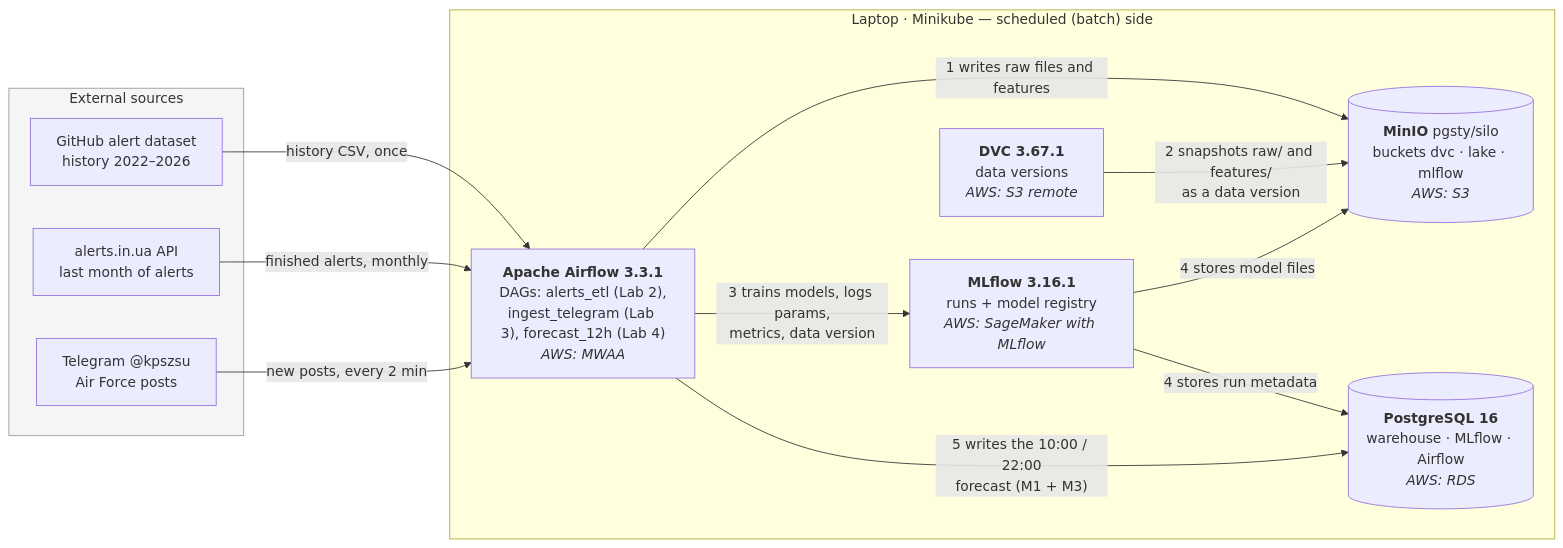
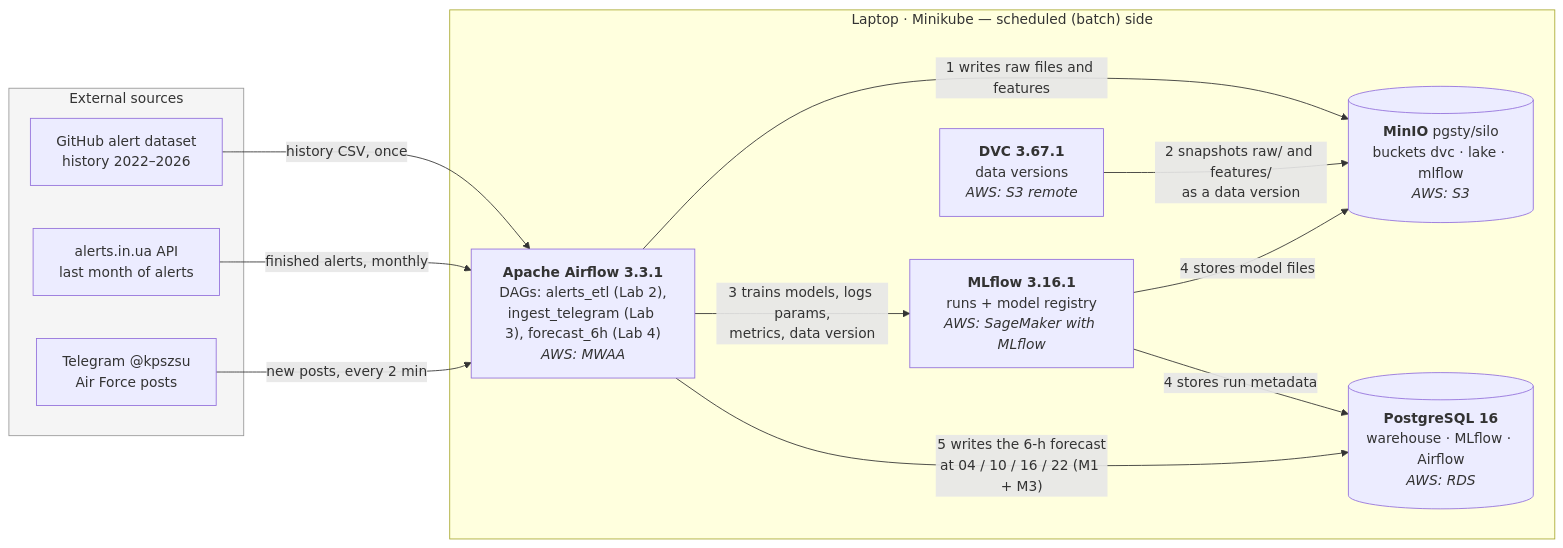
One commit to kvitoslava-yarish/mlops-2026 changed the third of 4 diagrams in docs/design.md. Above: the diagram before and after it, drawn with Mermaid. The commit also changed other lines of this file and 11 other files, not shown here.

````diff
--- a/docs/design.md
+++ b/docs/design.md
@@ -325,25 +363,25 @@
 ```mermaid
 flowchart LR
     subgraph src["External sources"]
         gh["GitHub alert dataset<br/>history 2022–2026"]
         aiu["alerts.in.ua API<br/>last month of alerts"]
         tg["Telegram @kpszsu<br/>Air Force posts"]
     end
     subgraph laptop["Laptop · Minikube — scheduled (batch) side"]
-        af["<b>Apache Airflow 3.3.1</b><br/>DAGs: alerts_etl (Lab 2),<br/>ingest_telegram (Lab 3), forecast_12h (Lab 4)<br/><i>AWS: MWAA</i>"]
+        af["<b>Apache Airflow 3.3.1</b><br/>DAGs: alerts_etl (Lab 2),<br/>ingest_telegram (Lab 3), forecast_6h (Lab 4)<br/><i>AWS: MWAA</i>"]
         minio[("<b>MinIO</b> pgsty/silo<br/>buckets dvc · lake · mlflow<br/><i>AWS: S3</i>")]
         dvc["<b>DVC 3.67.1</b><br/>data versions<br/><i>AWS: S3 remote</i>"]
         mlf["<b>MLflow 3.16.1</b><br/>runs + model registry<br/><i>AWS: SageMaker with MLflow</i>"]
         pg[("<b>PostgreSQL 16</b><br/>warehouse · MLflow · Airflow<br/><i>AWS: RDS</i>")]
     end
     gh -- "history CSV, once" --> af
     aiu -- "finished alerts, monthly" --> af
     tg -- "new posts, every 2 min" --> af
     af -- "1 writes raw files and features" --> minio
     dvc -- "2 snapshots raw/ and features/<br/>as a data version" --> minio
     af -- "3 trains models, logs params,<br/>metrics, data version" --> mlf
     mlf -- "4 stores model files" --> minio
     mlf -- "4 stores run metadata" --> pg
-    af -- "5 writes the 10:00 / 22:00<br/>forecast (M1 + M3)" --> pg
+    af -- "5 writes the 6-h forecast<br/>at 04 / 10 / 16 / 22 (M1 + M3)" --> pg
     style src fill:#f5f5f5,stroke:#999
 ```
````
